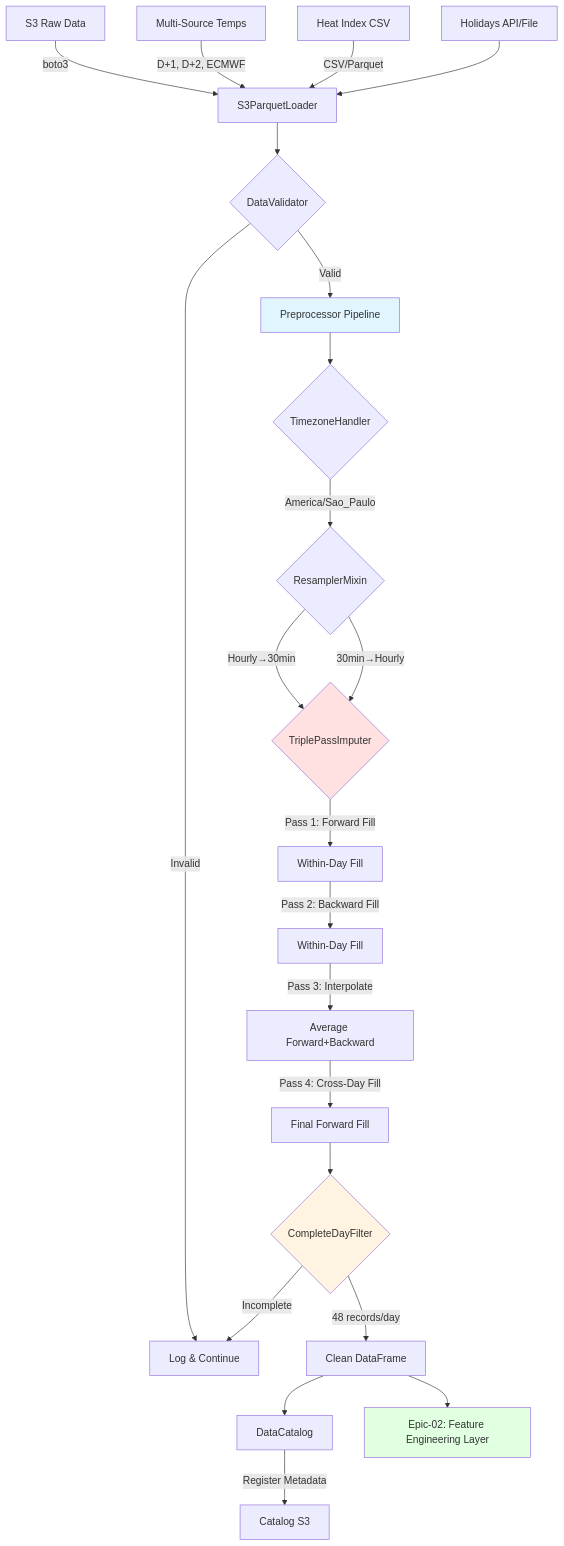
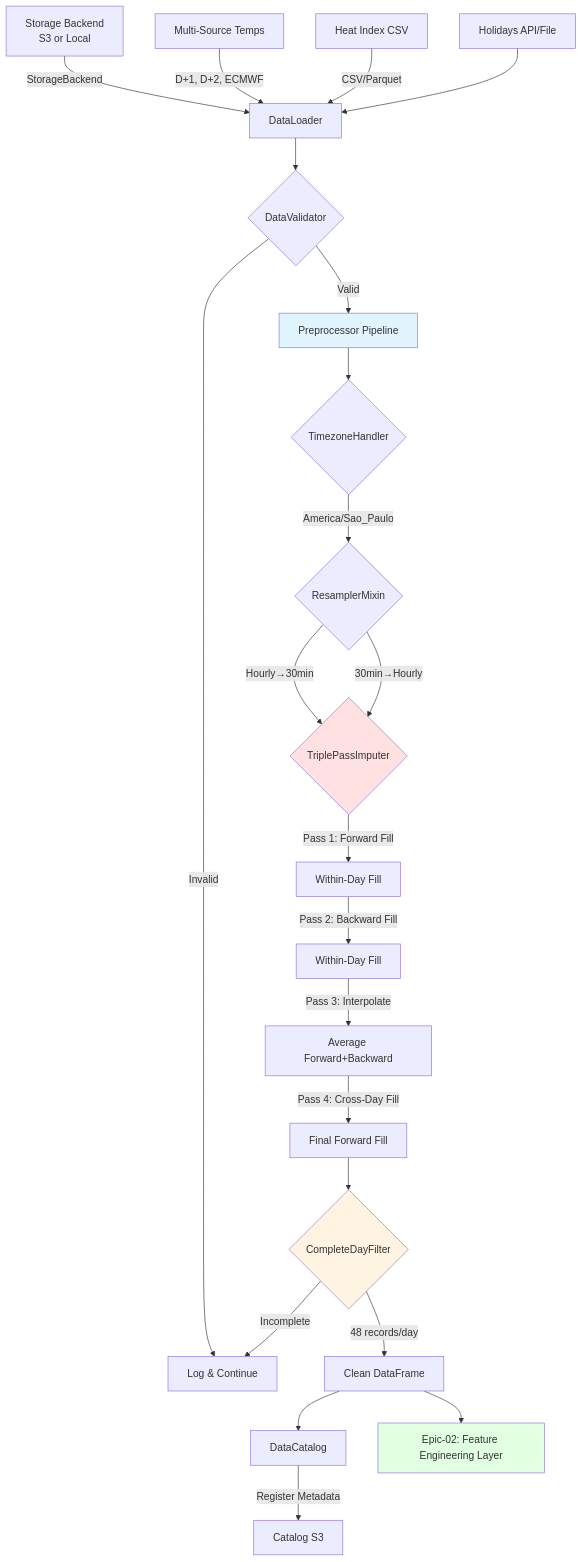
The diagram in docs/mvp/epics/Epic-01.md (gaugustog/prevcarga), drawn with Mermaid before and after one commit. The commit also changed other lines of this file and 22 other files, not shown here.

````diff
--- a/docs/mvp/epics/Epic-01.md
+++ b/docs/mvp/epics/Epic-01.md
@@ -484,36 +628,36 @@
 ```mermaid
 graph TD
-    A[S3 Raw Data] -->|boto3| B[S3ParquetLoader]
+    A[Storage Backend<br/>S3 or Local] -->|StorageBackend| B[DataLoader]
     A1[Multi-Source Temps] -->|D+1, D+2, ECMWF| B
     A2[Heat Index CSV] -->|CSV/Parquet| B
     A3[Holidays API/File] --> B
     
     B --> C{DataValidator}
     C -->|Valid| D[Preprocessor Pipeline]
     C -->|Invalid| E[Log & Continue]
     
     D --> F{TimezoneHandler}
     F -->|America/Sao_Paulo| G{ResamplerMixin}
     
     G -->|Hourly→30min| H{TriplePassImputer}
     G -->|30min→Hourly| H
     
     H -->|Pass 1: Forward Fill| I[Within-Day Fill]
     I -->|Pass 2: Backward Fill| J[Within-Day Fill]
     J -->|Pass 3: Interpolate| K[Average Forward+Backward]
     K -->|Pass 4: Cross-Day Fill| L[Final Forward Fill]
     
     L --> M{CompleteDayFilter}
     M -->|48 records/day| N[Clean DataFrame]
     M -->|Incomplete| E
     
     N --> O[DataCatalog]
     O -->|Register Metadata| P[Catalog S3]
     
     N --> Q[Epic-02: Feature Engineering Layer]
     
     style D fill:#e1f5ff
     style H fill:#ffe1e1
     style M fill:#fff4e1
     style Q fill:#e1ffe1
 ```
````
